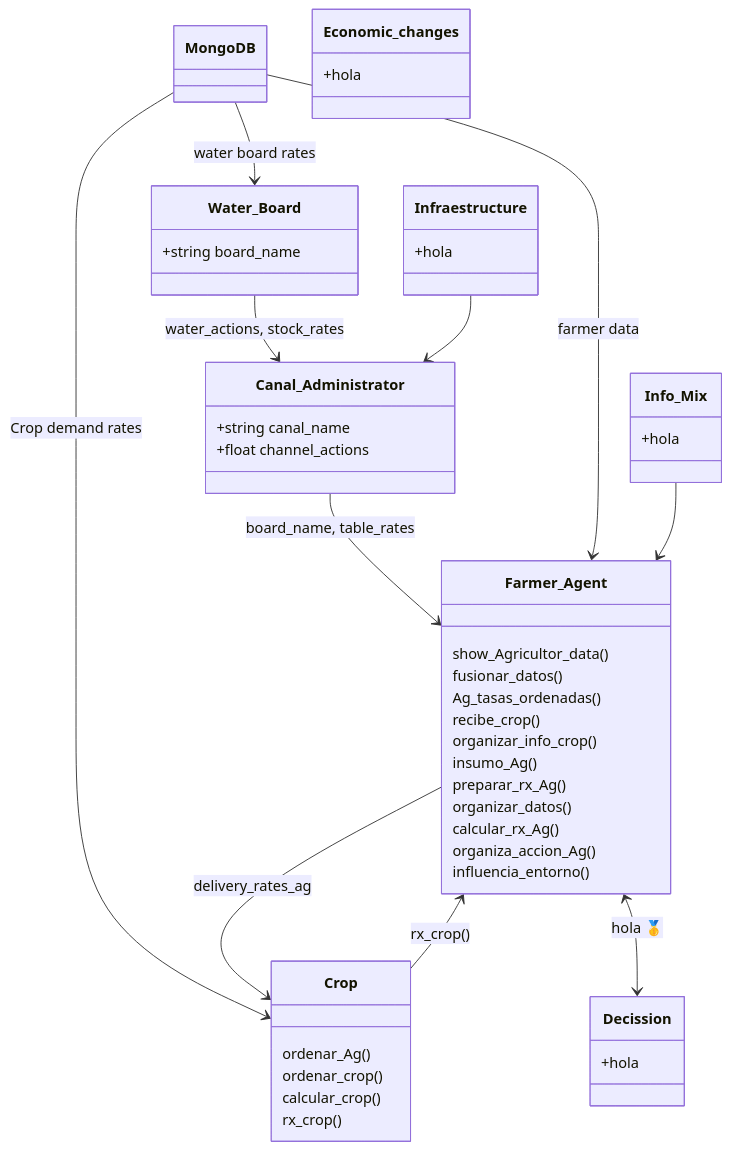
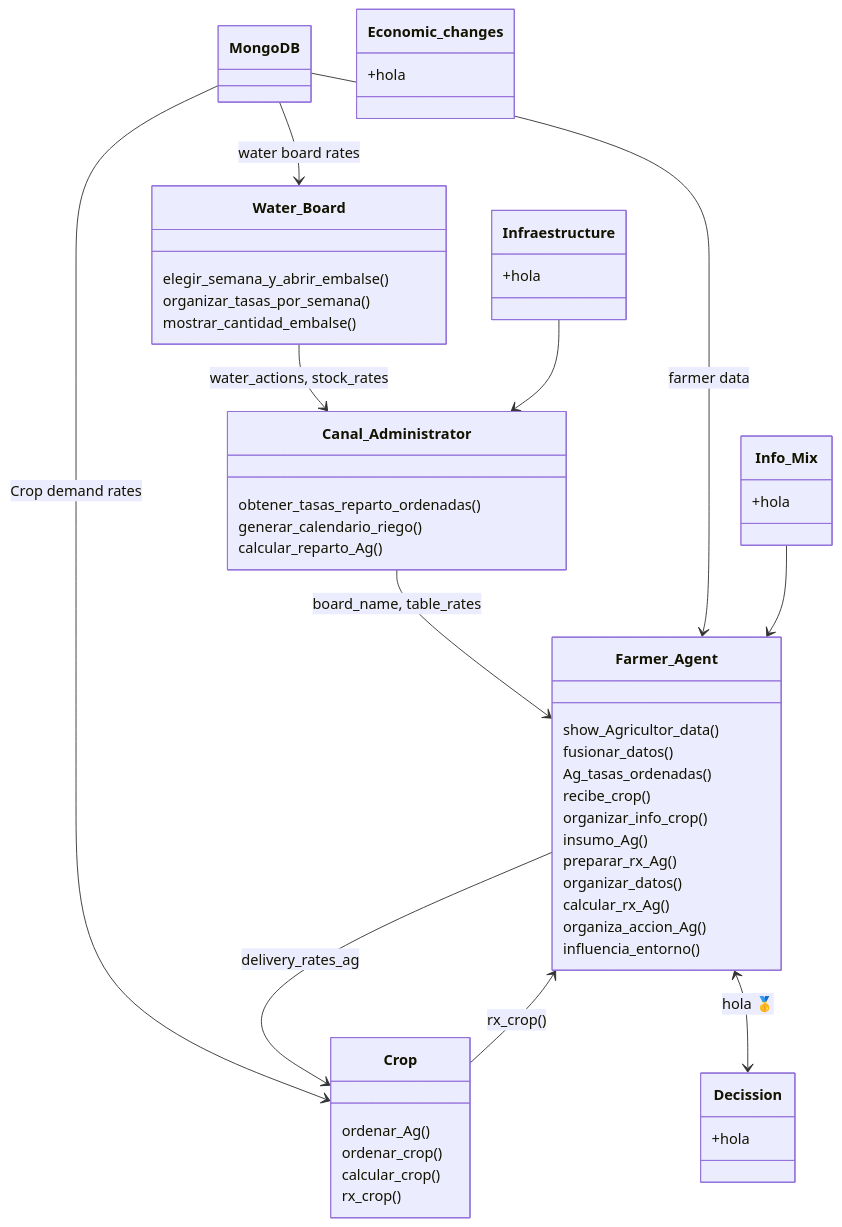
One commit to Pablov81/Agrotopia changed the diagram in README.md. Above: the diagram before and after it, drawn with Mermaid.

````diff
--- a/README.md
+++ b/README.md
@@ -46,62 +46,65 @@
 ```mermaid
 classDiagram
     class MongoDB {
     }
 
     class Water_Board {
-        +string board_name
+        elegir_semana_y_abrir_embalse()
+        organizar_tasas_por_semana()
+        mostrar_cantidad_embalse()
     }
 
     class Canal_Administrator{
-        +string canal_name
-        +float channel_actions
+        obtener_tasas_reparto_ordenadas()
+        generar_calendario_riego()
+        calcular_reparto_Ag()
     }
 
     class Farmer_Agent {
         show_Agricultor_data()
         fusionar_datos()
         Ag_tasas_ordenadas()
         recibe_crop()
         organizar_info_crop()
         insumo_Ag()
         preparar_rx_Ag()
         organizar_datos()
         calcular_rx_Ag()
         organiza_accion_Ag()
         influencia_entorno()
     }
 
     class Crop {
         ordenar_Ag()
         ordenar_crop()
         calcular_crop()
         rx_crop()
     }
 
     class Decission {
         +hola
     }
 
     class Info_Mix {
         +hola
     }
 
     class Infraestructure {
         +hola
     }
 
     class Economic_changes {
         +hola
     }
 
     Water_Board --> Canal_Administrator: water_actions, stock_rates
     Canal_Administrator --> Farmer_Agent: board_name, table_rates
     MongoDB --> Water_Board: water board rates
     MongoDB --> Farmer_Agent: farmer data
     MongoDB --> Crop: Crop demand rates
     Farmer_Agent --> Crop: delivery_rates_ag
     Farmer_Agent <--> Decission:hola 🥇
     Info_Mix-->Farmer_Agent
     Infraestructure-->Canal_Administrator
     Crop --> Farmer_Agent:rx_crop()
 ```
````
